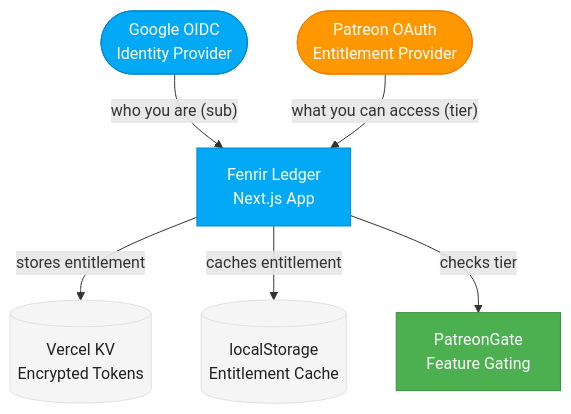
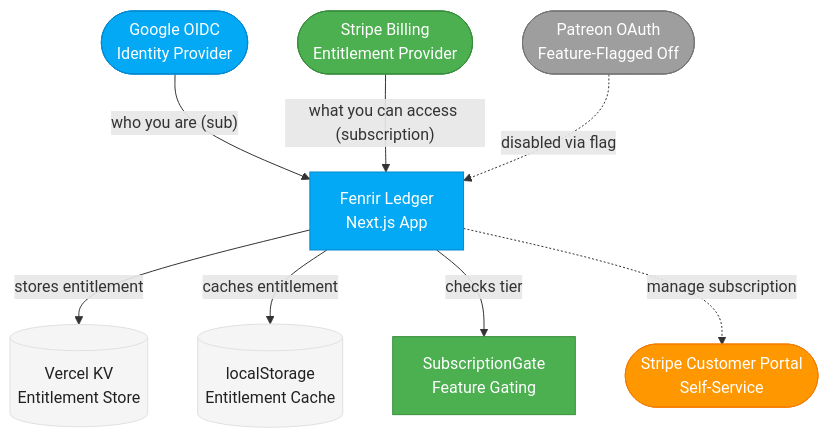
The diagram in product/platform-recommendation.md (declanshanaghy/fenrir-ledger), drawn with Mermaid before and after one commit. The commit also changed other lines of this file and 1 other file, not shown here.

First line of the commit message:
docs: pivot platform strategy to Stripe Direct and add feature flagging spec

````diff
--- a/product/platform-recommendation.md
+++ b/product/platform-recommendation.md
@@ -101,32 +131,39 @@
 ```mermaid
 graph TD
     classDef primary fill:#03A9F4,stroke:#0288D1,color:#FFF
     classDef healthy fill:#4CAF50,stroke:#388E3C,color:#FFF
     classDef warning fill:#FF9800,stroke:#F57C00,color:#FFF
     classDef neutral fill:#F5F5F5,stroke:#E0E0E0,color:#212121
+    classDef unavailable fill:#9E9E9E,stroke:#757575,color:#FFF
 
     %% Identity layer
     google([Google OIDC<br/>Identity Provider])
     %% Entitlement layer
-    patreon([Patreon OAuth<br/>Entitlement Provider])
+    stripe([Stripe Billing<br/>Entitlement Provider])
+    patreon([Patreon OAuth<br/>Feature-Flagged Off])
     %% Storage
-    kv[(Vercel KV<br/>Encrypted Tokens)]
+    kv[(Vercel KV<br/>Entitlement Store)]
     cache[(localStorage<br/>Entitlement Cache)]
 
     %% App layer
     app[Fenrir Ledger<br/>Next.js App]
-    gate[PatreonGate<br/>Feature Gating]
+    gate[SubscriptionGate<br/>Feature Gating]
+    portal([Stripe Customer Portal<br/>Self-Service])
 
     google -->|"who you are (sub)"| app
-    patreon -->|"what you can access (tier)"| app
+    stripe -->|"what you can access (subscription)"| app
     app -->|"stores entitlement"| kv
     app -->|"caches entitlement"| cache
     app -->|"checks tier"| gate
+    app -.->|"manage subscription"| portal
+    patreon -.->|"disabled via flag"| app
 
     class google primary
-    class patreon warning
+    class stripe healthy
+    class patreon unavailable
     class kv neutral
     class cache neutral
     class app primary
     class gate healthy
+    class portal warning
 ```
````
